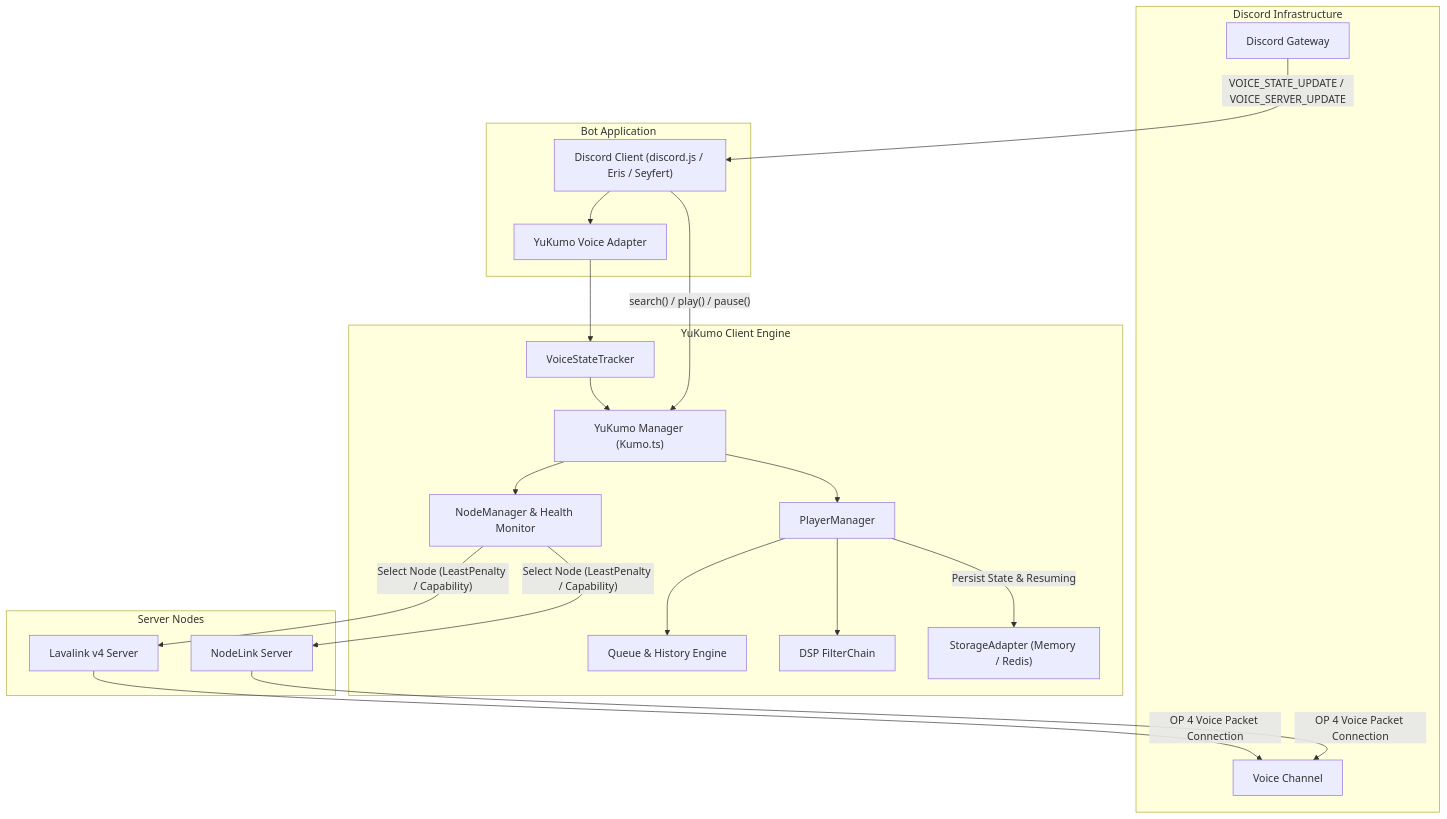
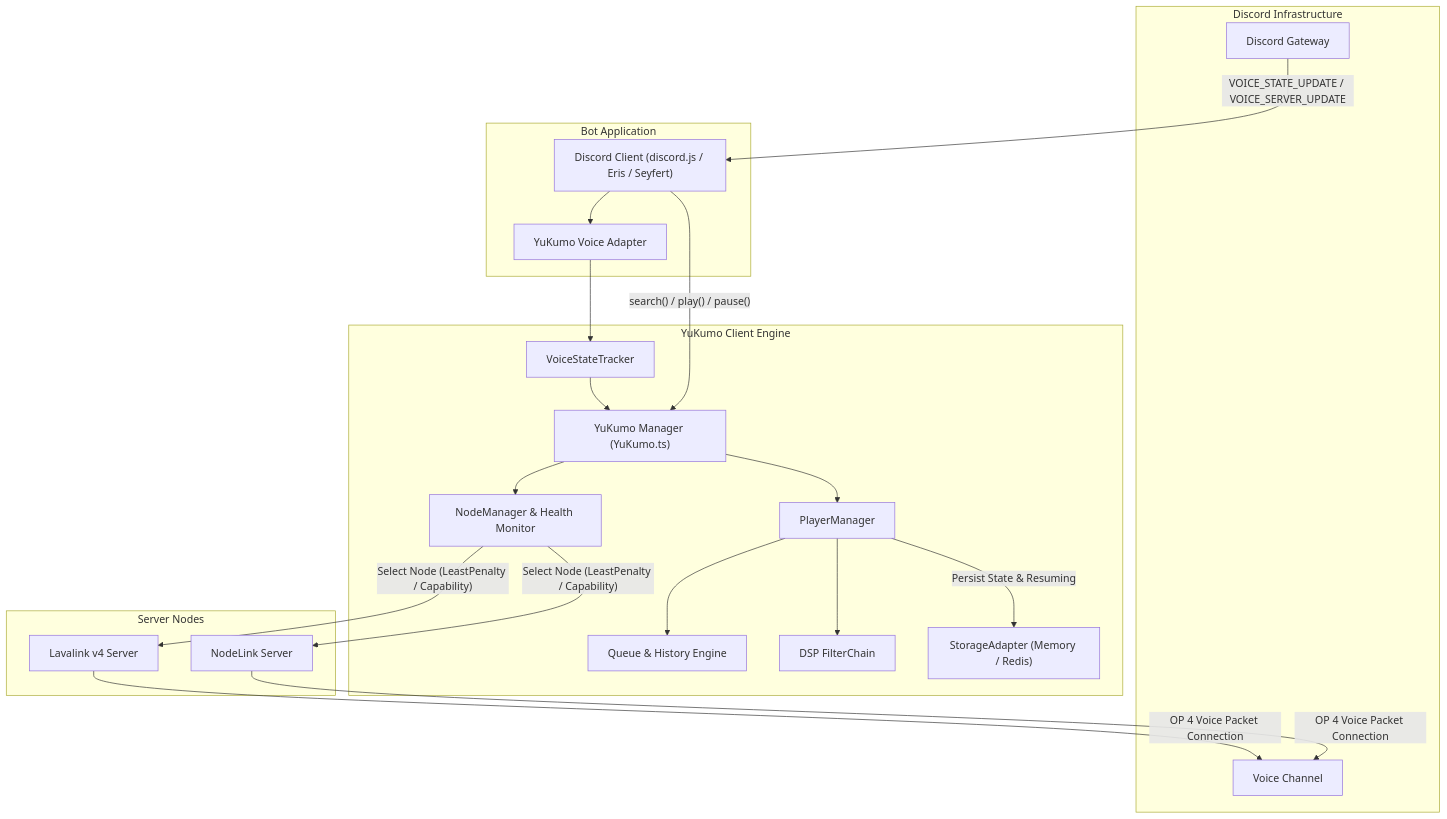
Before and after one commit to Nex-Devz/YuKumo: the diagram in README.md, drawn with Mermaid. The commit also changed 24 other files, not shown here.

````diff
--- a/README.md
+++ b/README.md
@@ -38,45 +38,45 @@
 ```mermaid
 flowchart TD
     subgraph Discord ["Discord Infrastructure"]
         GW["Discord Gateway"]
         VC["Voice Channel"]
     end
 
     subgraph ClientApp ["Bot Application"]
         DClient["Discord Client (discord.js / Eris / Seyfert)"]
         Adapter["YuKumo Voice Adapter"]
     end
 
     subgraph CoreEngine ["YuKumo Client Engine"]
-        Mgr["YuKumo Manager (Kumo.ts)"]
+        Mgr["YuKumo Manager (YuKumo.ts)"]
         VST["VoiceStateTracker"]
         NManager["NodeManager & Health Monitor"]
         PManager["PlayerManager"]
         QueueMod["Queue & History Engine"]
         Filters["DSP FilterChain"]
         Storage["StorageAdapter (Memory / Redis)"]
     end
 
     subgraph AudioNodes ["Server Nodes"]
         LLNode["Lavalink v4 Server"]
         NLNode["NodeLink Server"]
     end
 
     GW -- "VOICE_STATE_UPDATE / VOICE_SERVER_UPDATE" --> DClient
     DClient --> Adapter
     Adapter --> VST
     VST --> Mgr
 
     DClient -- "search() / play() / pause()" --> Mgr
     Mgr --> PManager
     PManager --> QueueMod
     PManager --> Filters
     PManager -- "Persist State & Resuming" --> Storage
 
     Mgr --> NManager
     NManager -- "Select Node (LeastPenalty / Capability)" --> LLNode
     NManager -- "Select Node (LeastPenalty / Capability)" --> NLNode
 
     LLNode -- "OP 4 Voice Packet Connection" --> VC
     NLNode -- "OP 4 Voice Packet Connection" --> VC
 ```
````
